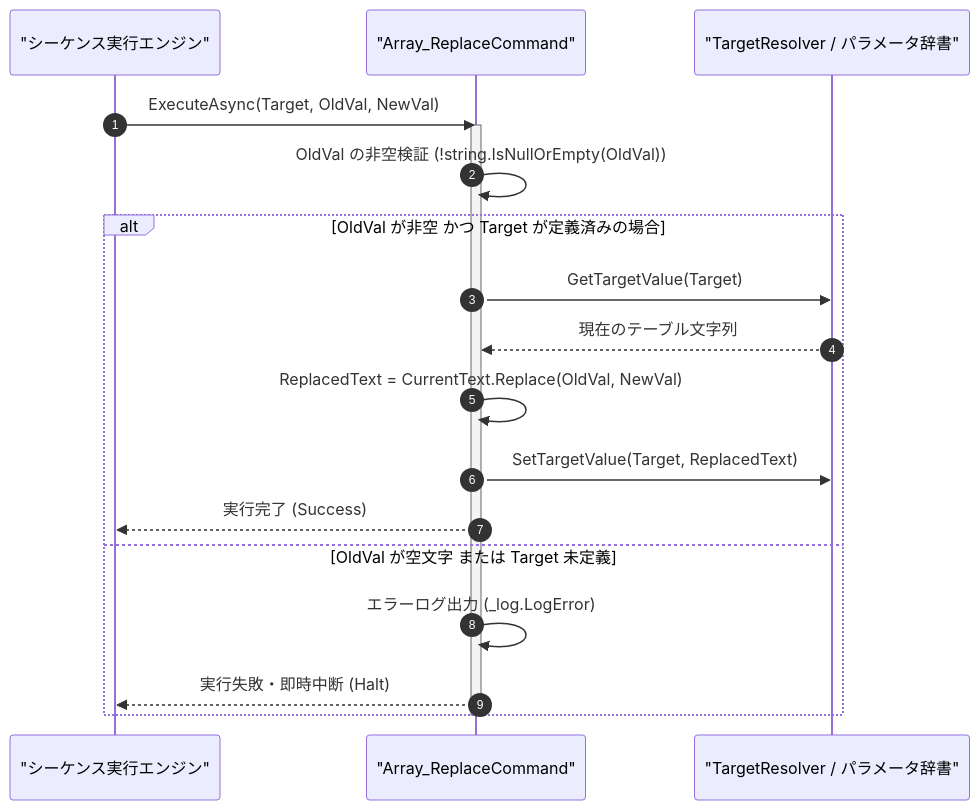
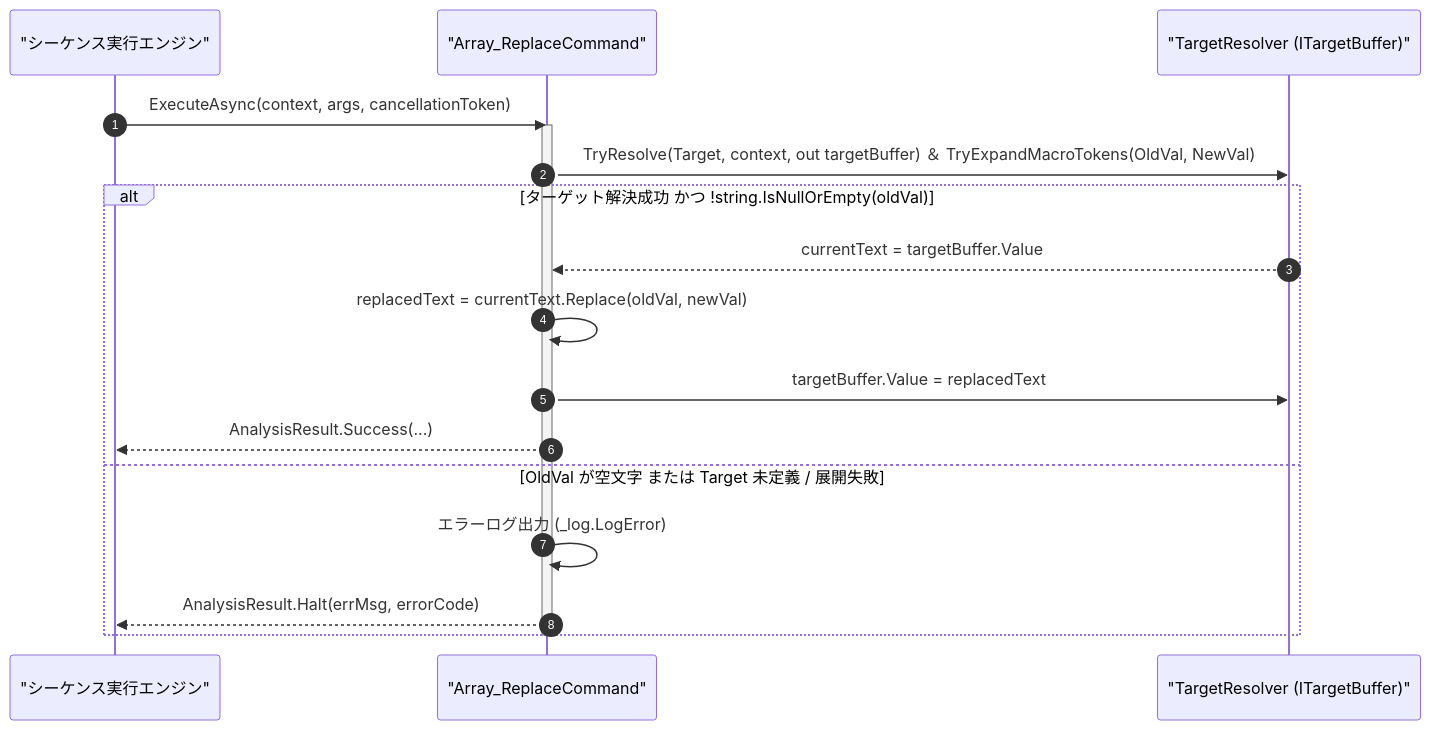
One commit to Monaca-App/TermAddIn changed the diagram in Manual/Core/Array/Array_Replace.Md. Above: the diagram before and after it, drawn with Mermaid. The commit also changed other lines of this file and 157 other files, not shown here.

````diff
--- a/Manual/Core/Array/Array_Replace.Md
+++ b/Manual/Core/Array/Array_Replace.Md
@@ -66,22 +71,21 @@
 ```mermaid
 sequenceDiagram
     autonumber
     participant Engine as "シーケンス実行エンジン"
     participant Cmd as "Array_ReplaceCommand"
-    participant Target as "TargetResolver / パラメータ辞書"
+    participant Target as "TargetResolver (ITargetBuffer)"
 
-    Engine->>Cmd: ExecuteAsync(Target, OldVal, NewVal)
+    Engine->>Cmd: ExecuteAsync(context, args, cancellationToken)
     activate Cmd
-    Cmd->>Cmd: OldVal の非空検証 (!string.IsNullOrEmpty(OldVal))
-    alt OldVal が非空 かつ Target が定義済みの場合
-        Cmd->>Target: GetTargetValue(Target)
-        Target-->>Cmd: 現在のテーブル文字列
-        Cmd->>Cmd: ReplacedText = CurrentText.Replace(OldVal, NewVal)
-        Cmd->>Target: SetTargetValue(Target, ReplacedText)
-        Cmd-->>Engine: 実行完了 (Success)
-    else OldVal が空文字 または Target 未定義
+    Cmd->>Target: TryResolve(Target, context, out targetBuffer) ＆ TryExpandMacroTokens(OldVal, NewVal)
+    alt ターゲット解決成功 かつ !string.IsNullOrEmpty(oldVal)
+        Target-->>Cmd: currentText = targetBuffer.Value
+        Cmd->>Cmd: replacedText = currentText.Replace(oldVal, newVal)
+        Cmd->>Target: targetBuffer.Value = replacedText
+        Cmd-->>Engine: AnalysisResult.Success(...)
+    else OldVal が空文字 または Target 未定義 / 展開失敗
         Cmd->>Cmd: エラーログ出力 (_log.LogError)
-        Cmd-->>Engine: 実行失敗・即時中断 (Halt)
+        Cmd-->>Engine: AnalysisResult.Halt(errMsg, errorCode)
     end
     deactivate Cmd
 ```
````
